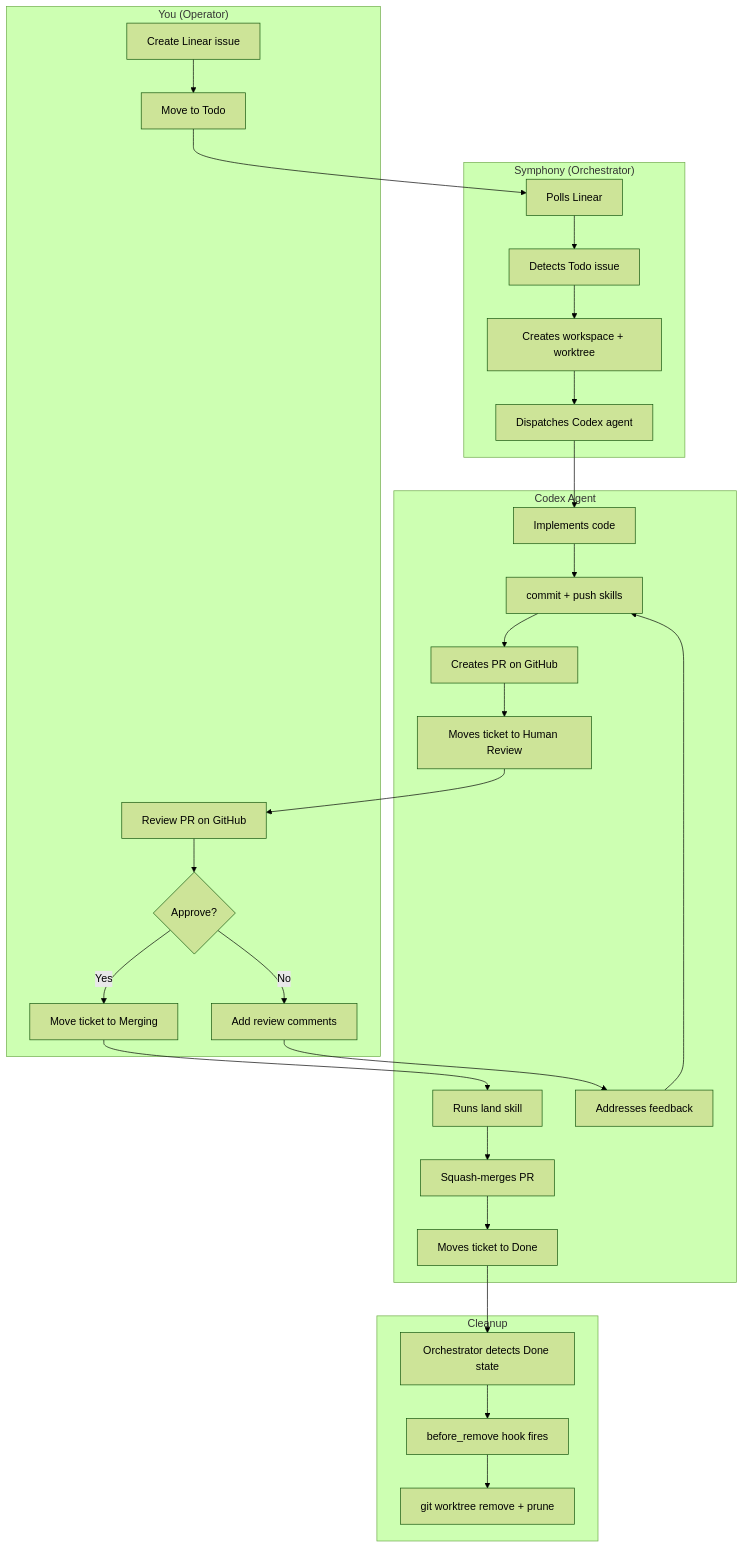
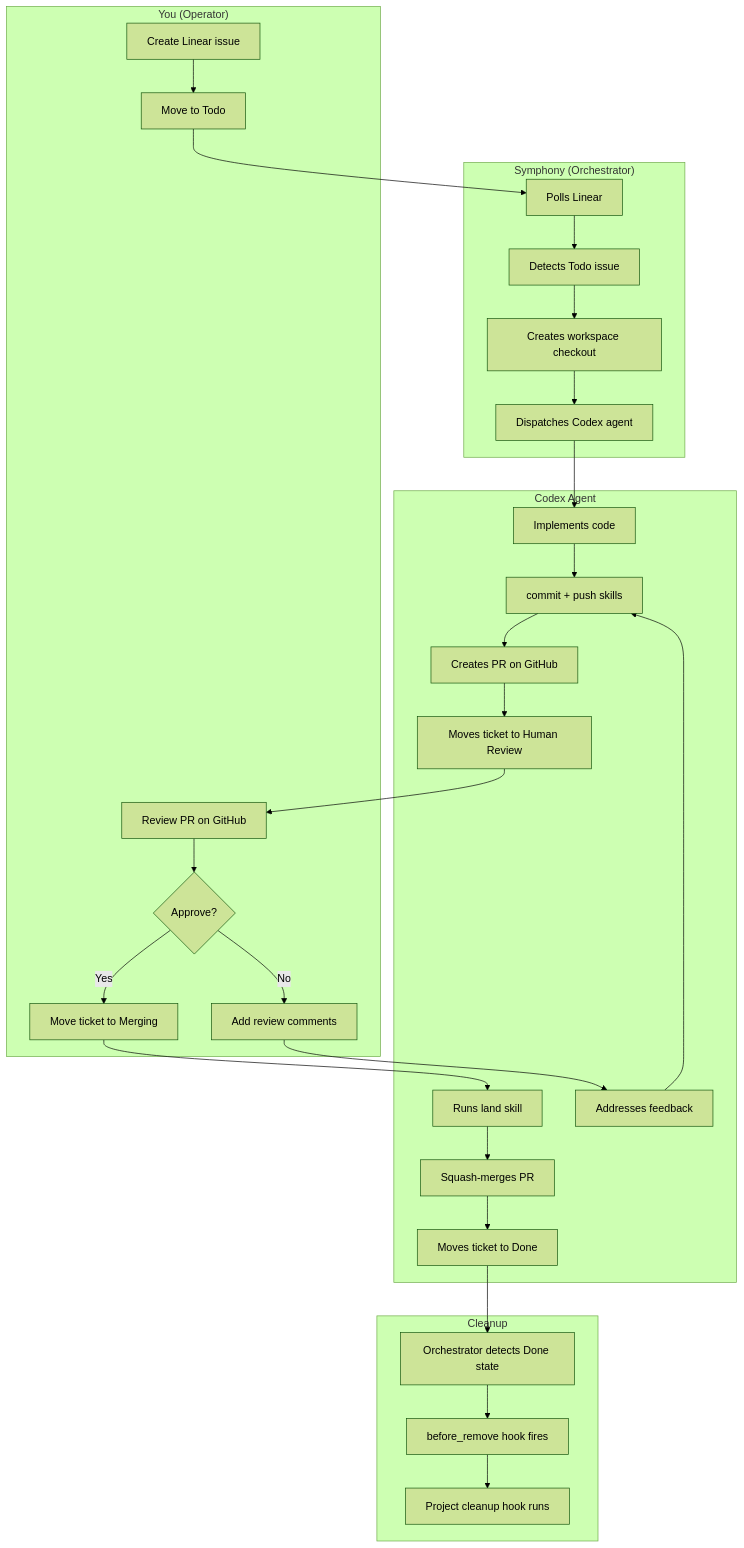
The diagram in OPERATIONS.md (stussysenik/symphony-hub), drawn with Mermaid (forest theme) before and after one commit. The commit also changed other lines of this file and 58 other files, not shown here.

````diff
--- a/OPERATIONS.md
+++ b/OPERATIONS.md
@@ -9,37 +9,37 @@
 ```mermaid
 flowchart TD
     subgraph You["You (Operator)"]
         A1[Create Linear issue] --> A2[Move to Todo]
         A5[Review PR on GitHub] --> A6{Approve?}
         A6 -->|Yes| A7[Move ticket to Merging]
         A6 -->|No| A8[Add review comments]
     end
 
     subgraph Symphony["Symphony (Orchestrator)"]
         B1[Polls Linear] --> B2[Detects Todo issue]
-        B2 --> B3[Creates workspace + worktree]
+        B2 --> B3[Creates workspace checkout]
         B3 --> B4[Dispatches Codex agent]
     end
 
     subgraph Agent["Codex Agent"]
         C1[Implements code] --> C2[commit + push skills]
         C2 --> C3[Creates PR on GitHub]
         C3 --> C4[Moves ticket to Human Review]
         C5[Runs land skill] --> C6[Squash-merges PR]
         C6 --> C7[Moves ticket to Done]
         C8[Addresses feedback] --> C2
     end
 
     subgraph Cleanup["Cleanup"]
         D1[Orchestrator detects Done state]
         D1 --> D2[before_remove hook fires]
-        D2 --> D3[git worktree remove + prune]
+        D2 --> D3[Project cleanup hook runs]
     end
 
     A2 --> B1
     B4 --> C1
     C4 --> A5
     A7 --> C5
     A8 --> C8
     C7 --> D1
 ```
````
